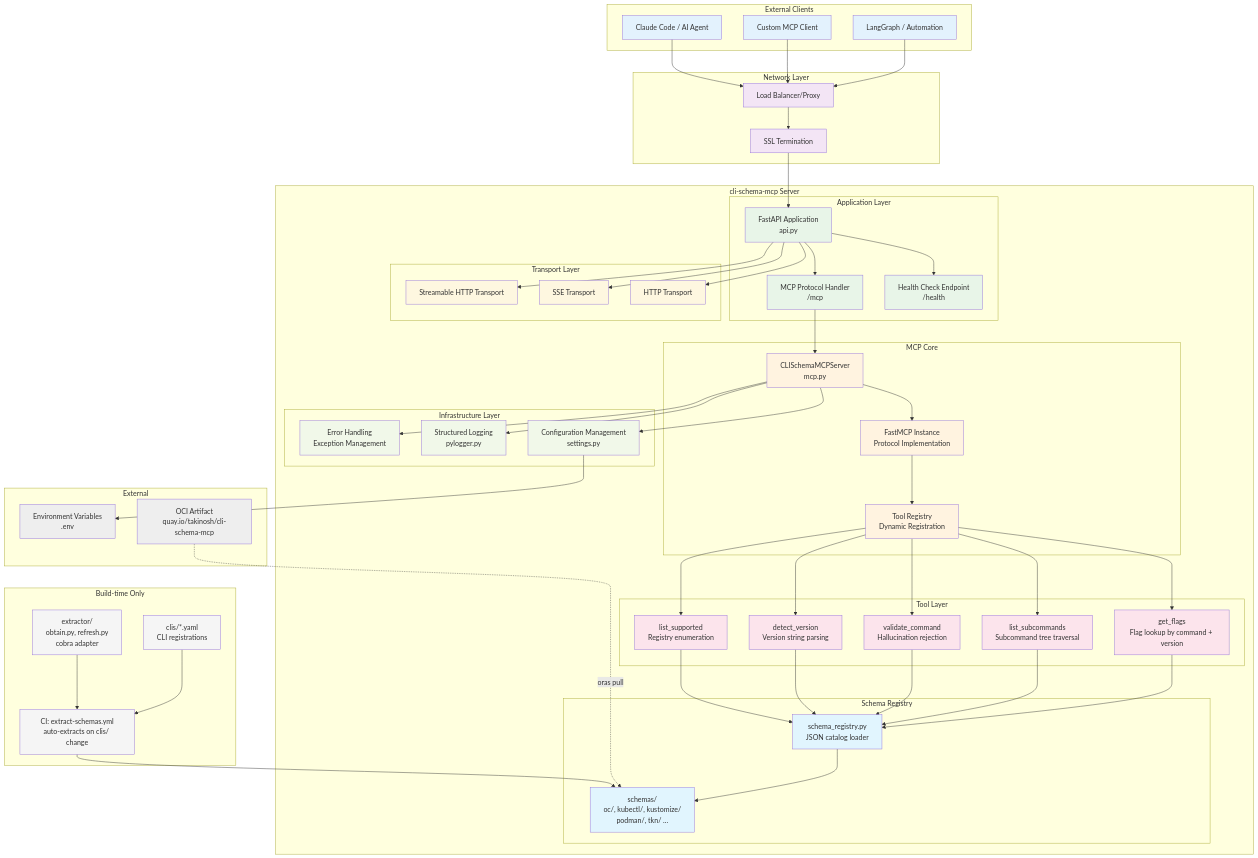
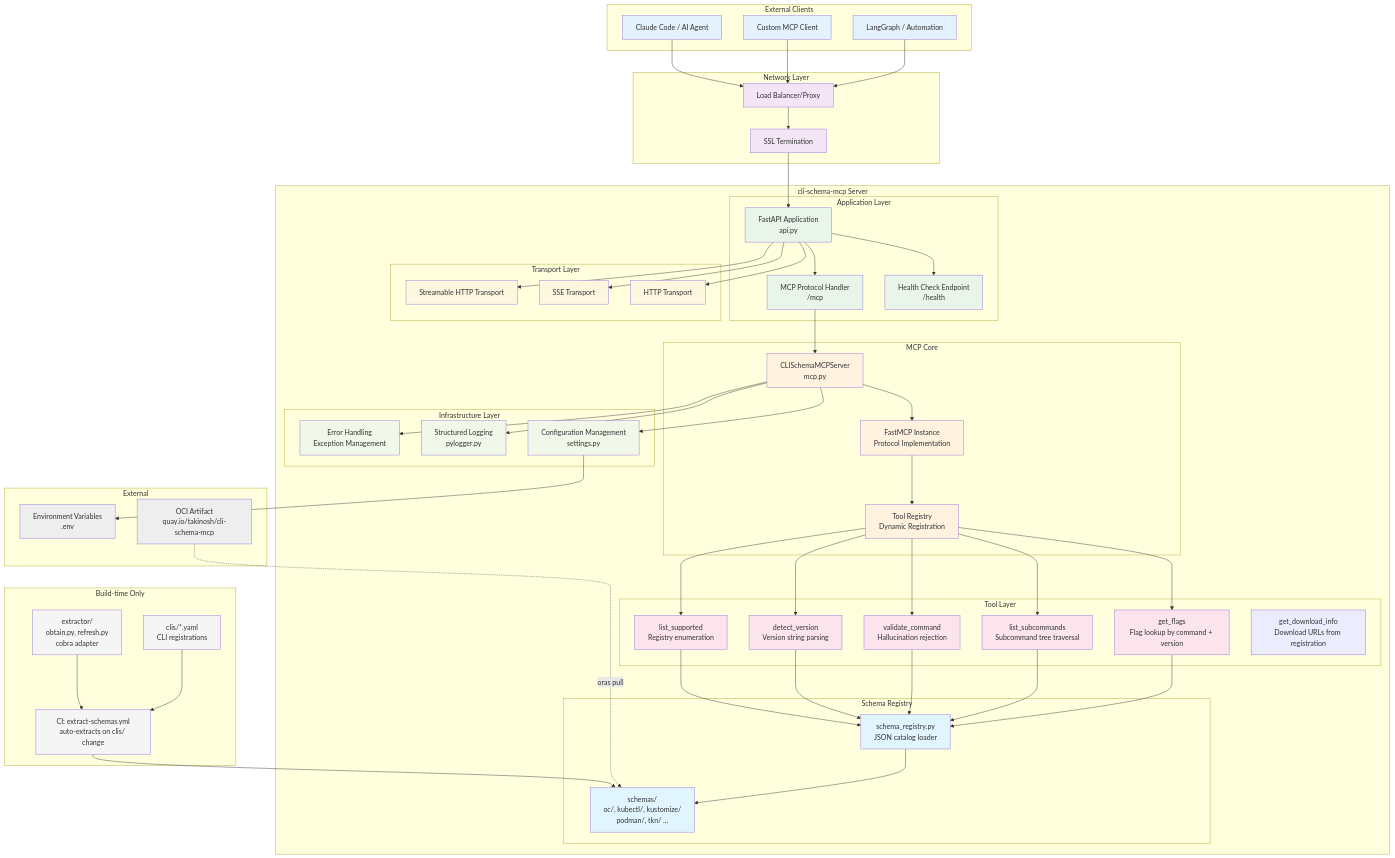
Before and after one commit to tosin2013/cli-schema-mcp: the first of 2 diagrams in docs/architecture.md, drawn with Mermaid. The commit also changed other lines of this file and 3 other files, not shown here.

First line of the commit message:
docs: update all documentation for get_download_info and binary_not_found

```diff
--- a/docs/architecture.md
+++ b/docs/architecture.md
@@ -34,6 +34,7 @@
             N[validate_command<br/>Hallucination rejection]
             O[detect_version<br/>Version string parsing]
             P[list_supported<br/>Registry enumeration]
+            PA[get_download_info<br/>Download URLs from registration]
         end
 
         subgraph "Schema Registry"
```
